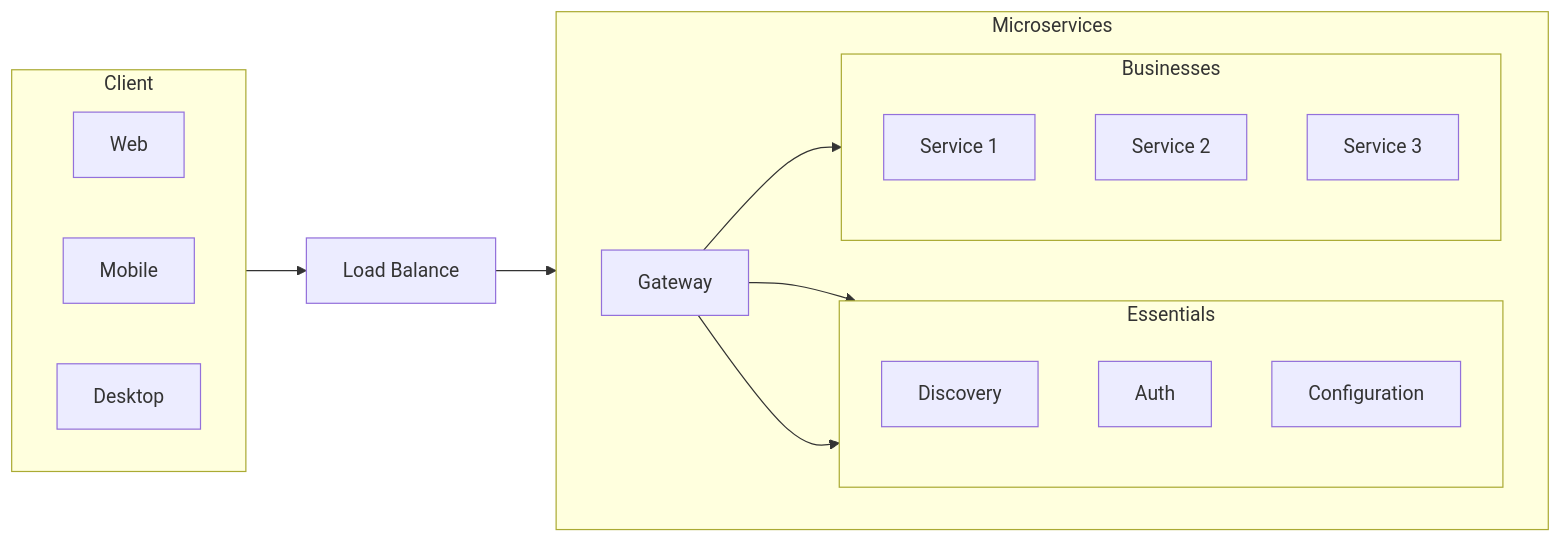
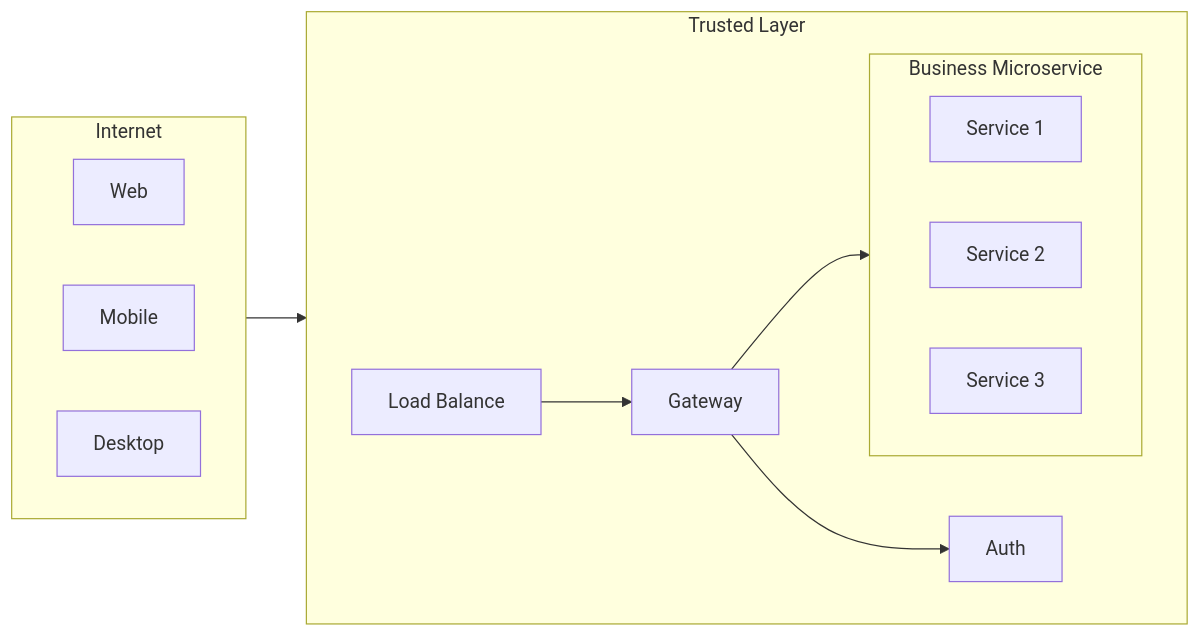
The diagram in docs/classes/microservices/microservice-diagram.md (Insper/platform), drawn with Mermaid before and after one commit. The commit also changed 3 other files, not shown here.

````diff
--- a/docs/classes/microservices/microservice-diagram.md
+++ b/docs/classes/microservices/microservice-diagram.md
@@ -1,33 +1,23 @@
 ``` mermaid
 flowchart LR
-  subgraph Client
+  subgraph client["Internet"]
     direction LR
     Web
     Mobile
     Desktop
   end
-  subgraph Microservices
+  subgraph Trusted Layer
     direction LR
+    lb["Load Balance"]
     gateway["Gateway"]
-    subgraph Essentials
-      direction TB
-      discovery["Discovery"]
-      auth["Auth"]
-      config["Configuration"]
-    end
-    subgraph Businesses
-      direction TB
+    auth["Auth"]
+    subgraph bm ["Business Microservice"]
+      direction LR
       ms1["Service 1"]
       ms2["Service 2"]
       ms3["Service 3"]
     end
   end
-  Client --> lb["Load Balance"] --> gateway --> Businesses
+  client --> lb --> gateway --> bm
   gateway --> auth
-  gateway --> discovery
-  click gateway "../gateway/" "Gateway"
-  click discovery "../discovery/" "Discovery"
-  click auth "../auth-service/" "Auth"
-  click config "../config/" "Configuration"
-  click lb "../load-balancing/" "Load Balance"
 ```
````
